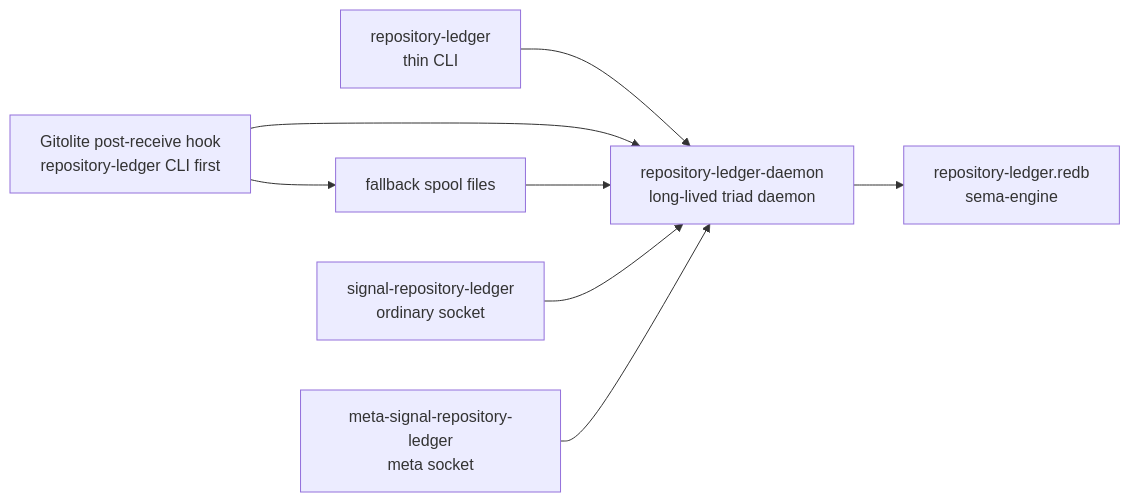
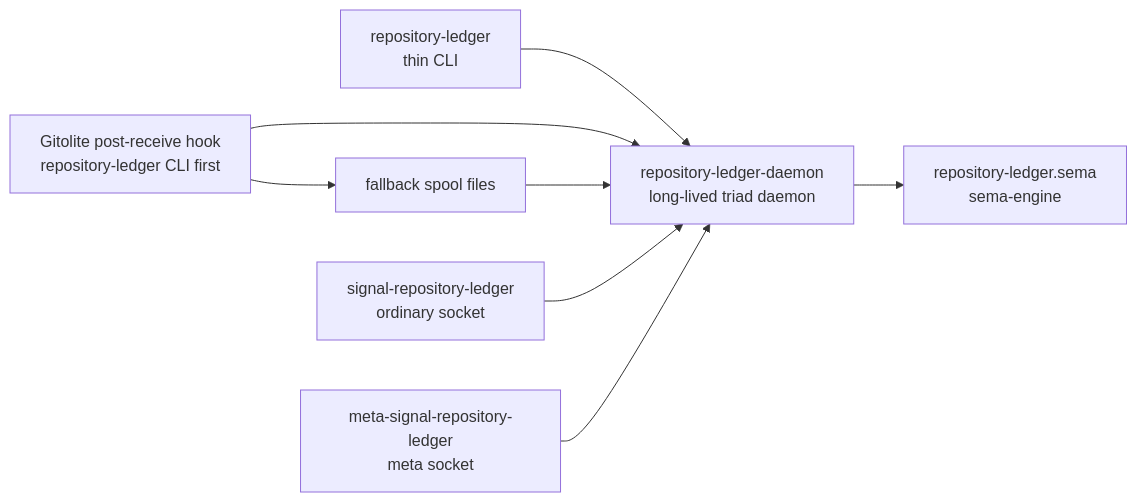
Before and after one commit to LiGoldragon/repository-ledger: the diagram in ARCHITECTURE.md, drawn with Mermaid. The commit also changed other lines of this file and 8 other files, not shown here.

Commit message:
repository-ledger: require binary daemon startup archives

````diff
--- a/ARCHITECTURE.md
+++ b/ARCHITECTURE.md
@@ -15,18 +15,18 @@
 ```mermaid
 flowchart LR
     cli["repository-ledger<br/>thin CLI"]
     daemon["repository-ledger-daemon<br/>long-lived triad daemon"]
     ordinary["signal-repository-ledger<br/>ordinary socket"]
     meta["meta-signal-repository-ledger<br/>meta socket"]
-    store["repository-ledger.redb<br/>sema-engine"]
+    store["repository-ledger.sema<br/>sema-engine"]
     gitolite["Gitolite post-receive hook<br/>repository-ledger CLI first"]
     spool["fallback spool files"]
 
     cli --> daemon
     gitolite --> daemon
     gitolite --> spool
     spool --> daemon
     ordinary --> daemon
     meta --> daemon
     daemon --> store
 ```
````
